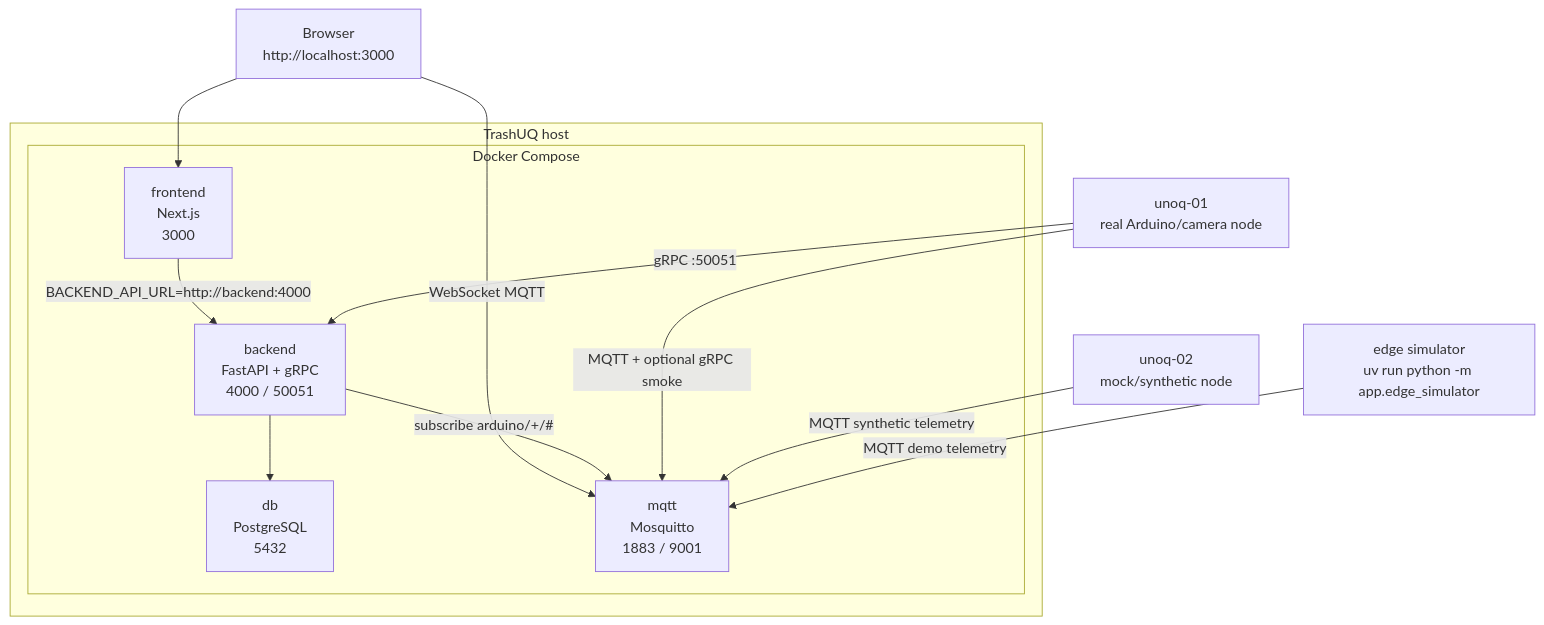
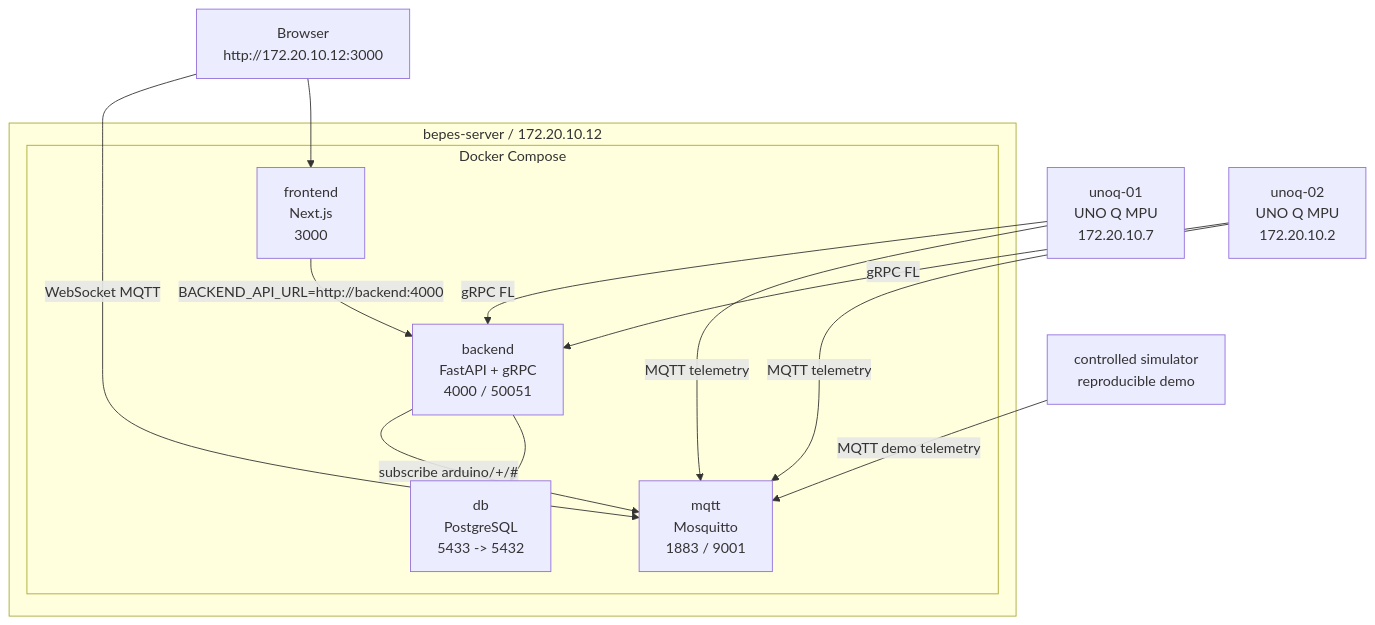
Before and after one commit to TrashUQ/TrashUQ: the sixth of 6 diagrams in README.md, drawn with Mermaid. The commit also changed other lines of this file and 5 other files, not shown here.

````diff
--- a/README.md
+++ b/README.md
@@ -464,27 +487,28 @@
 ```mermaid
 flowchart TB
-  Browser["Browser<br/>http://localhost:3000"]
+  Browser["Browser<br/>http://172.20.10.12:3000"]
 
-  subgraph Host["TrashUQ host"]
+  subgraph Host["bepes-server / 172.20.10.12"]
     subgraph Compose["Docker Compose"]
       Frontend["frontend<br/>Next.js<br/>3000"]
       Backend["backend<br/>FastAPI + gRPC<br/>4000 / 50051"]
-      DB["db<br/>PostgreSQL<br/>5432"]
+      DB["db<br/>PostgreSQL<br/>5433 -> 5432"]
       MQTT["mqtt<br/>Mosquitto<br/>1883 / 9001"]
     end
   end
 
-  UnoReal["unoq-01<br/>real Arduino/camera node"]
-  UnoMock["unoq-02<br/>mock/synthetic node"]
-  EdgeSim["edge simulator<br/>uv run python -m app.edge_simulator"]
+  U1["unoq-01<br/>UNO Q MPU<br/>172.20.10.7"]
+  U2["unoq-02<br/>UNO Q MPU<br/>172.20.10.2"]
+  EdgeSim["controlled simulator<br/>reproducible demo"]
 
   Browser --> Frontend
   Browser -->|"WebSocket MQTT"| MQTT
   Frontend -->|"BACKEND_API_URL=http://backend:4000"| Backend
   Backend --> DB
   Backend -->|"subscribe arduino/+/#"| MQTT
-  UnoReal -->|"MQTT + optional gRPC smoke"| MQTT
-  UnoReal -->|"gRPC :50051"| Backend
-  UnoMock -->|"MQTT synthetic telemetry"| MQTT
+  U1 -->|"MQTT telemetry"| MQTT
+  U2 -->|"MQTT telemetry"| MQTT
+  U1 -->|"gRPC FL"| Backend
+  U2 -->|"gRPC FL"| Backend
   EdgeSim -->|"MQTT demo telemetry"| MQTT
 ```
````
